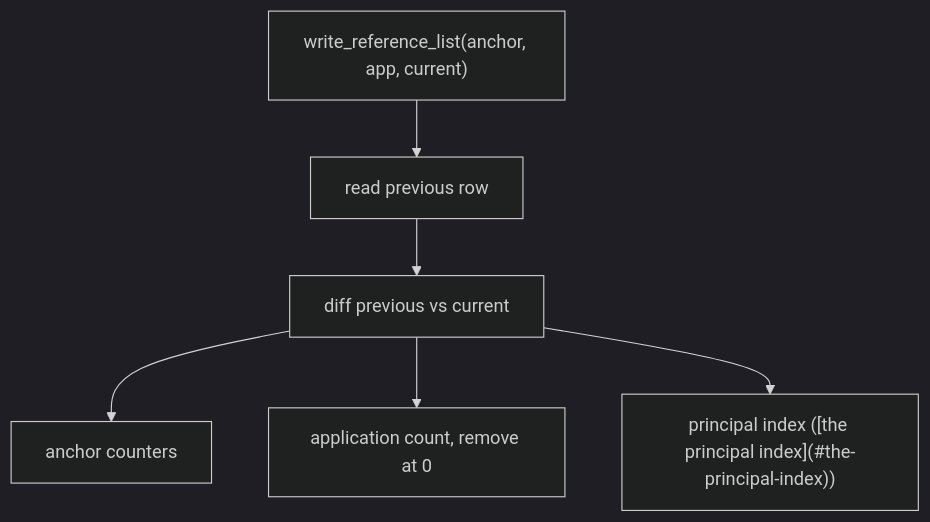
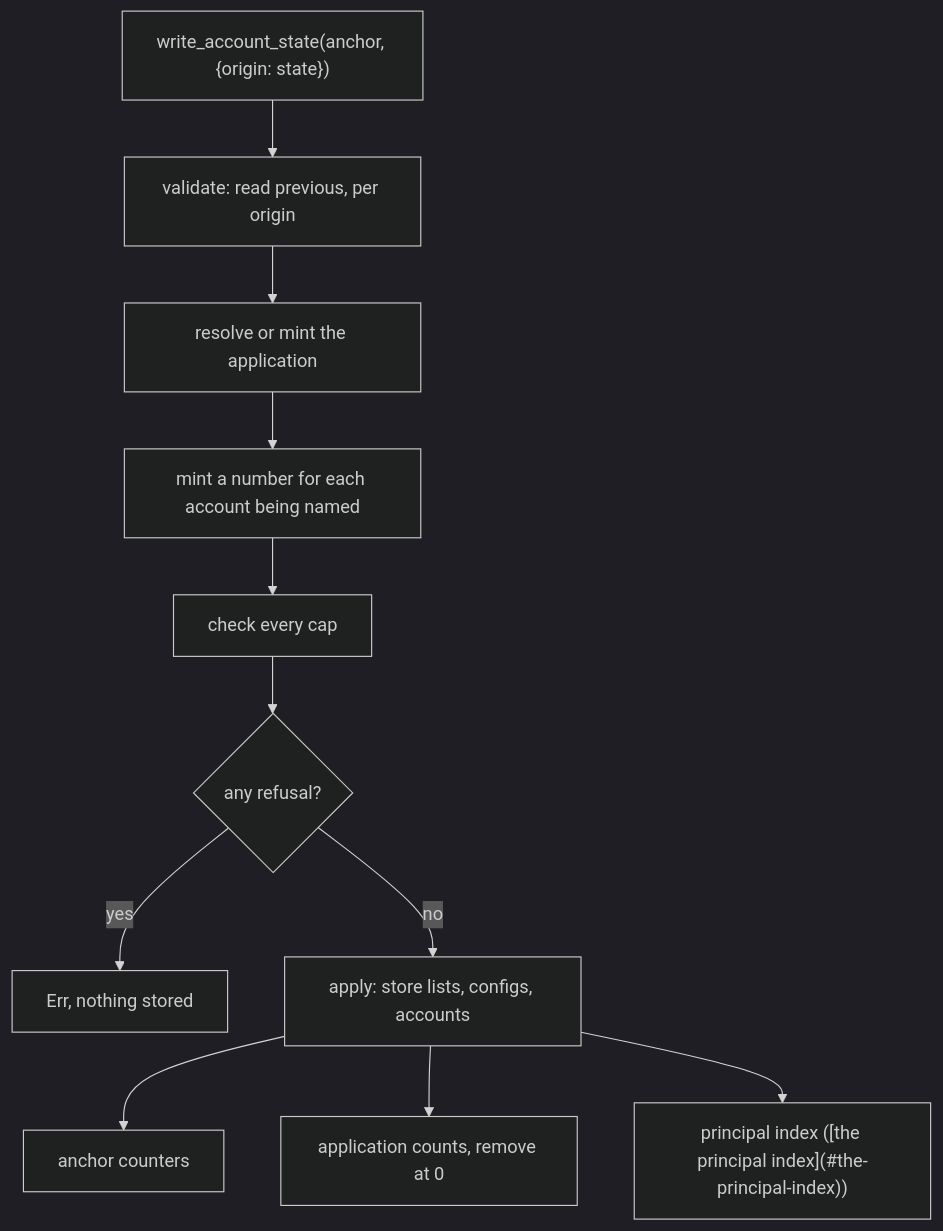
The third of 5 diagrams in docs/ongoing/tracked-default-accounts-spec.md (dfinity/internet-identity), drawn with Mermaid (dark theme) before and after one commit. The commit also changed other lines of this file and 1 other file, not shown here.

First line of the commit message:
docs: describe the write path the implementation built

````diff
--- a/docs/ongoing/tracked-default-accounts-spec.md
+++ b/docs/ongoing/tracked-default-accounts-spec.md
@@ -157,8 +206,13 @@
 ```mermaid
 flowchart TD
-    A["write_reference_list(anchor, app, current)"] --> B[read previous row]
-    B --> C[diff previous vs current]
-    C --> D[anchor counters]
-    C --> E["application count, remove at 0"]
-    C --> F["principal index ([the principal index](#the-principal-index))"]
+    A["write_account_state(anchor, {origin: state})"] --> B[validate: read previous, per origin]
+    B --> C[resolve or mint the application]
+    C --> D[mint a number for each account being named]
+    D --> E[check every cap]
+    E --> F{any refusal?}
+    F -->|yes| X["Err, nothing stored"]
+    F -->|no| G[apply: store lists, configs, accounts]
+    G --> H[anchor counters]
+    G --> I["application counts, remove at 0"]
+    G --> J["principal index ([the principal index](#the-principal-index))"]
 ```
````
